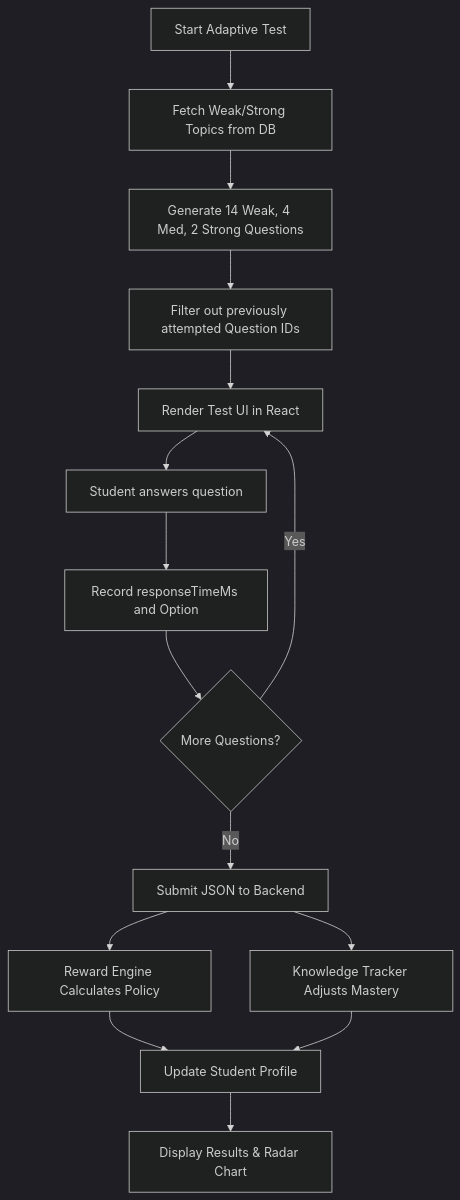
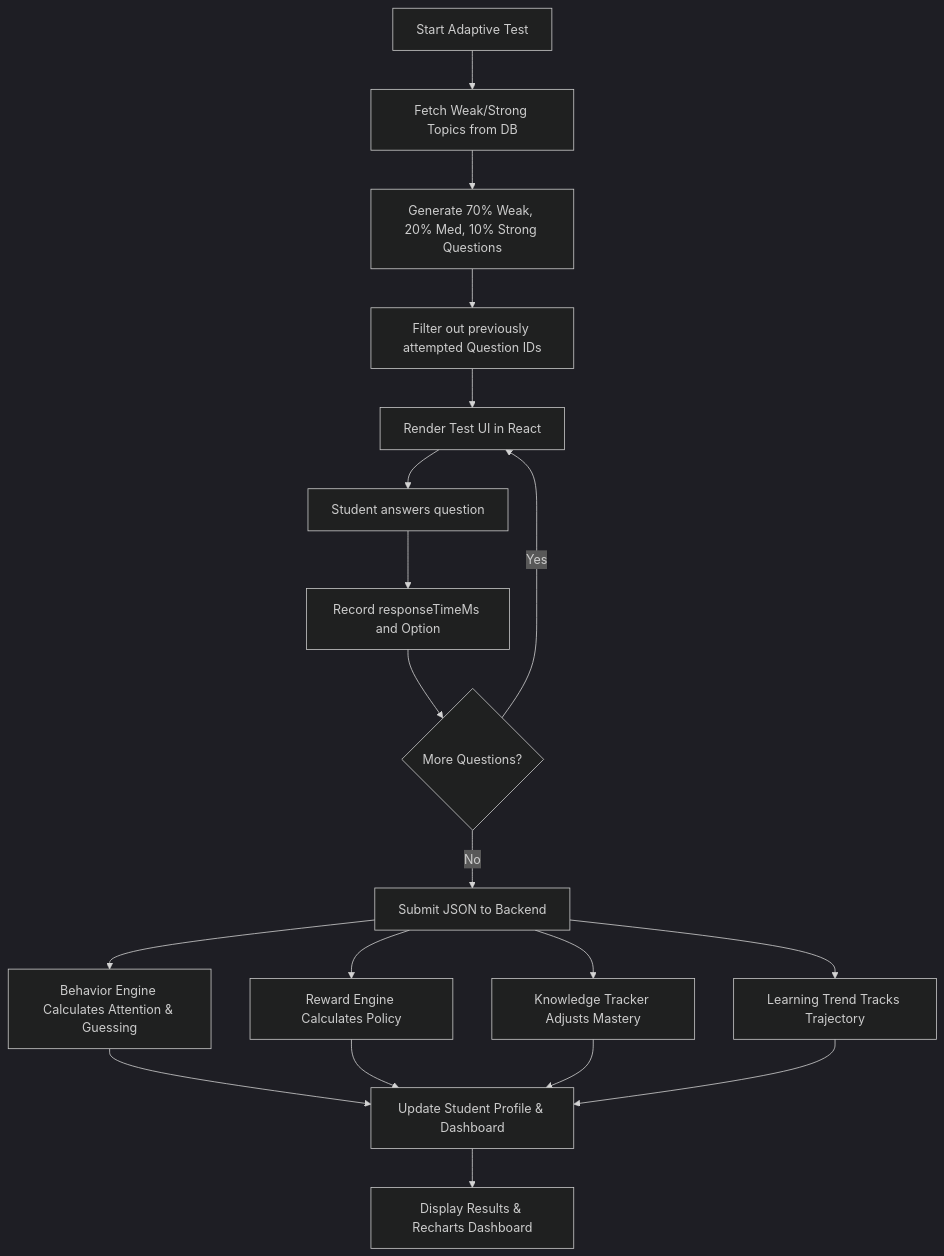
The second of 2 diagrams in docs/Architecture_and_Flow.md (virendra093/adaptive-learning-platform), drawn with Mermaid (dark theme) before and after one commit. The commit also changed other lines of this file, not shown here.

Commit message:
docs: update architecture flow to include V3.0 end-to-end mathematical engine pipelines

````diff
--- a/docs/Architecture_and_Flow.md
+++ b/docs/Architecture_and_Flow.md
@@ -240,21 +152,26 @@
 ```mermaid
 flowchart TD
     Start[Start Adaptive Test] --> Fetch[Fetch Weak/Strong Topics from DB]
-    Fetch --> QGen[Generate 14 Weak, 4 Med, 2 Strong Questions]
+    Fetch --> QGen[Generate 70% Weak, 20% Med, 10% Strong Questions]
     QGen --> Exclude[Filter out previously attempted Question IDs]
     Exclude --> Render[Render Test UI in React]
     
     Render --> Attempt[Student answers question]
     Attempt --> Timer[Record responseTimeMs and Option]
     Timer --> Loop{More Questions?}
     
     Loop -- Yes --> Render
     Loop -- No --> Submit[Submit JSON to Backend]
     
+    Submit --> Behav[Behavior Engine Calculates Attention & Guessing]
     Submit --> RL[Reward Engine Calculates Policy]
     Submit --> DKT[Knowledge Tracker Adjusts Mastery]
-    RL --> Profile[Update Student Profile]
+    Submit --> Trend[Learning Trend Tracks Trajectory]
+    
+    Behav --> Profile[Update Student Profile & Dashboard]
+    RL --> Profile
     DKT --> Profile
+    Trend --> Profile
     
-    Profile --> End[Display Results & Radar Chart]
+    Profile --> End[Display Results & Recharts Dashboard]
 ```
````
